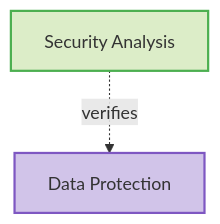
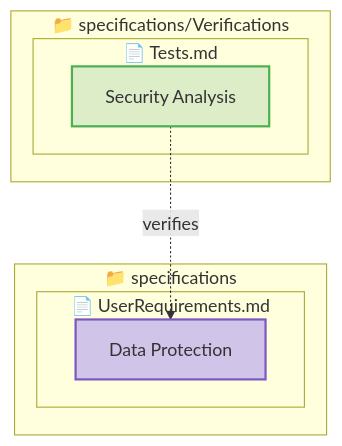
The fifth of 6 diagrams in tests/test-verification-traces/expected/expected_redundant_output.md (reqvire-org/reqvire), drawn with Mermaid before and after one commit. The commit also changed other lines of this file and 16 other files, not shown here.

First line of the commit message:
Add containment structure to all mermaid diagrams

````diff
--- a/tests/test-verification-traces/expected/expected_redundant_output.md
+++ b/tests/test-verification-traces/expected/expected_redundant_output.md
@@ -118,14 +166,24 @@
 ```mermaid
 graph TD
   classDef userRequirement fill:#D1C4E9,stroke:#7E57C2,stroke-width:2px;
   classDef systemRequirement fill:#E1D8EE,stroke:#673AB7,stroke-width:1.5px;
   classDef requirement fill:#ECEFF1,stroke:#673AB7,stroke-width:1.5px;
-  classDef verified fill:#D1C4E9,stroke:#7E57C2,stroke-width:2px;
   classDef verification fill:#DCEDC8,stroke:#4CAF50,stroke-width:2px;
+  classDef folder fill:#FAFAFA,stroke:#9E9E9E,stroke-width:3px;
+  classDef file fill:#FFF8E1,stroke:#FFCA28,stroke-width:2px;
+  classDef default fill:#F5F5F5,stroke:#424242,stroke-width:1.5px;
 
-  ee61d9a254ace553["Security Analysis"]:::verification
-  click ee61d9a254ace553 "specifications/Verifications/Tests.md#security-analysis";
-  8ddbf0ce66bc6c18["Data Protection"]:::verified
-  click 8ddbf0ce66bc6c18 "specifications/UserRequirements.md#data-protection";
+  subgraph b4c308bac4df6d65["📁 specifications"]
+    subgraph c057e38f409f215b["📄 UserRequirements.md"]
+      8ddbf0ce66bc6c18["Data Protection"]:::userRequirement
+      click 8ddbf0ce66bc6c18 "specifications/UserRequirements.md#data-protection";
+    end
+  end
+  subgraph 186822cd467e0417["📁 specifications/Verifications"]
+    subgraph b64358bba6ee017f["📄 Tests.md"]
+      ee61d9a254ace553["Security Analysis"]:::verification
+      click ee61d9a254ace553 "specifications/Verifications/Tests.md#security-analysis";
+    end
+  end
   ee61d9a254ace553 -.->|verifies| 8ddbf0ce66bc6c18;
 ```
````
